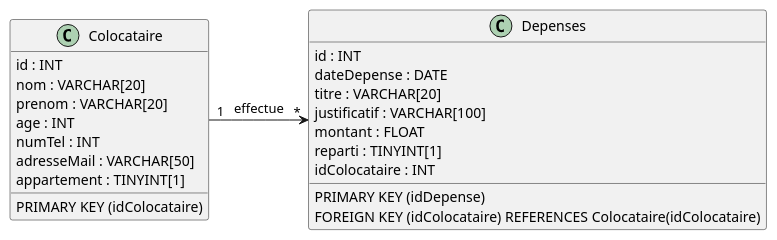
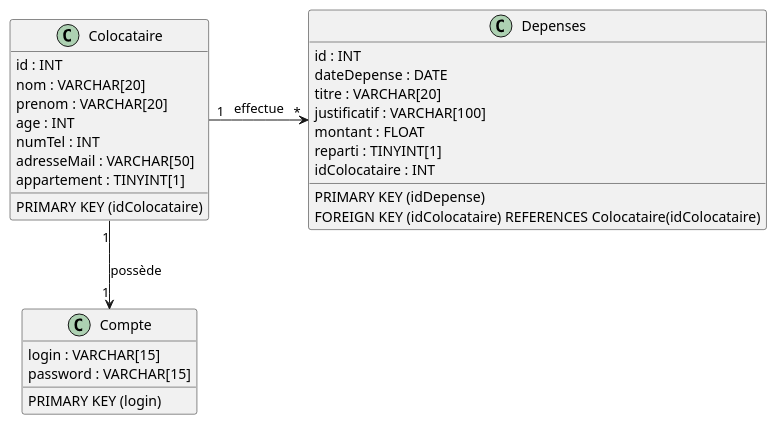
The sixth of 7 diagrams in README.md (MihutaMihail/application_crous), drawn with PlantUML before and after one commit.

Commit message:
readme.md base de données ajout 'compte'

````diff
--- a/README.md
+++ b/README.md
@@ -228,30 +228,37 @@
 ```plantuml
 @startuml model1
 scale 1
 
 class Depenses {
   id : INT
   dateDepense : DATE
   titre : VARCHAR[20]
   justificatif : VARCHAR[100]
   montant : FLOAT
   reparti : TINYINT[1]
   idColocataire : INT
   PRIMARY KEY (idDepense)
   FOREIGN KEY (idColocataire) REFERENCES Colocataire(idColocataire)
 }
 
 class Colocataire {
     id : INT
     nom : VARCHAR[20]
     prenom : VARCHAR[20]
     age : INT
     numTel : INT
     adresseMail : VARCHAR[50]
     appartement : TINYINT[1]
     PRIMARY KEY (idColocataire)
 }
 
+class Compte {
+    login : VARCHAR[15]
+    password : VARCHAR[15]
+    PRIMARY KEY (login)
+}
+
 Colocataire -> Depenses : "1"   effectue   "*"
+Colocataire -d-> Compte : "1" possède "1"
 @enduml
 ```
````
